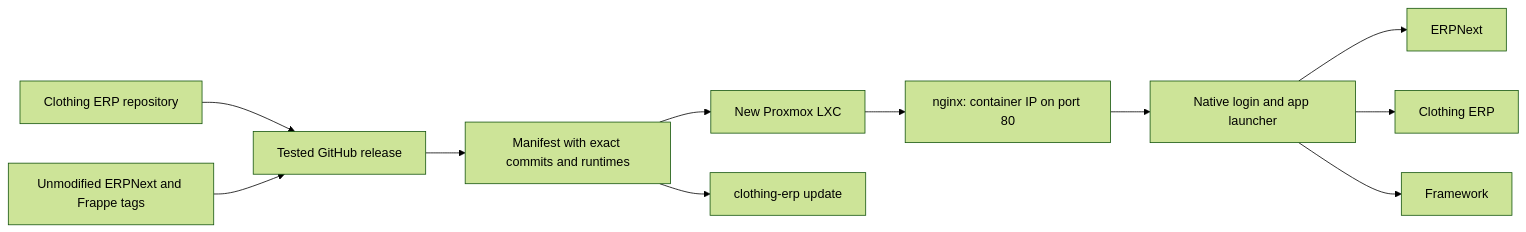
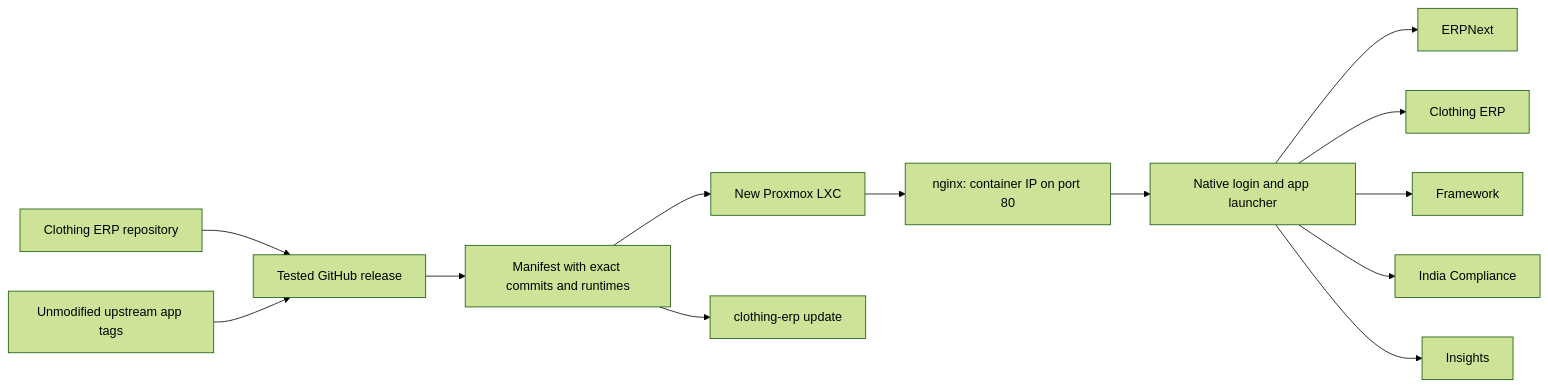
The diagram in docs/architecture.md (AviDhandhania/erp), drawn with Mermaid (forest theme) before and after one commit. The commit also changed other lines of this file and 27 other files, not shown here.

Commit message:
feat: manage India Compliance in releases

````diff
--- a/docs/architecture.md
+++ b/docs/architecture.md
@@ -3,13 +3,15 @@
 ```mermaid
 flowchart LR
   A[Clothing ERP repository] --> C[Tested GitHub release]
-  B[Unmodified ERPNext and Frappe tags] --> C
+  B[Unmodified upstream app tags] --> C
   C --> D[Manifest with exact commits and runtimes]
   D --> E[New Proxmox LXC]
   D --> F[clothing-erp update]
   E --> G[nginx: container IP on port 80]
   G --> H[Native login and app launcher]
   H --> I[ERPNext]
   H --> J[Clothing ERP]
   H --> K[Framework]
+  H --> L[India Compliance]
+  H --> M[Insights]
 ```
````
